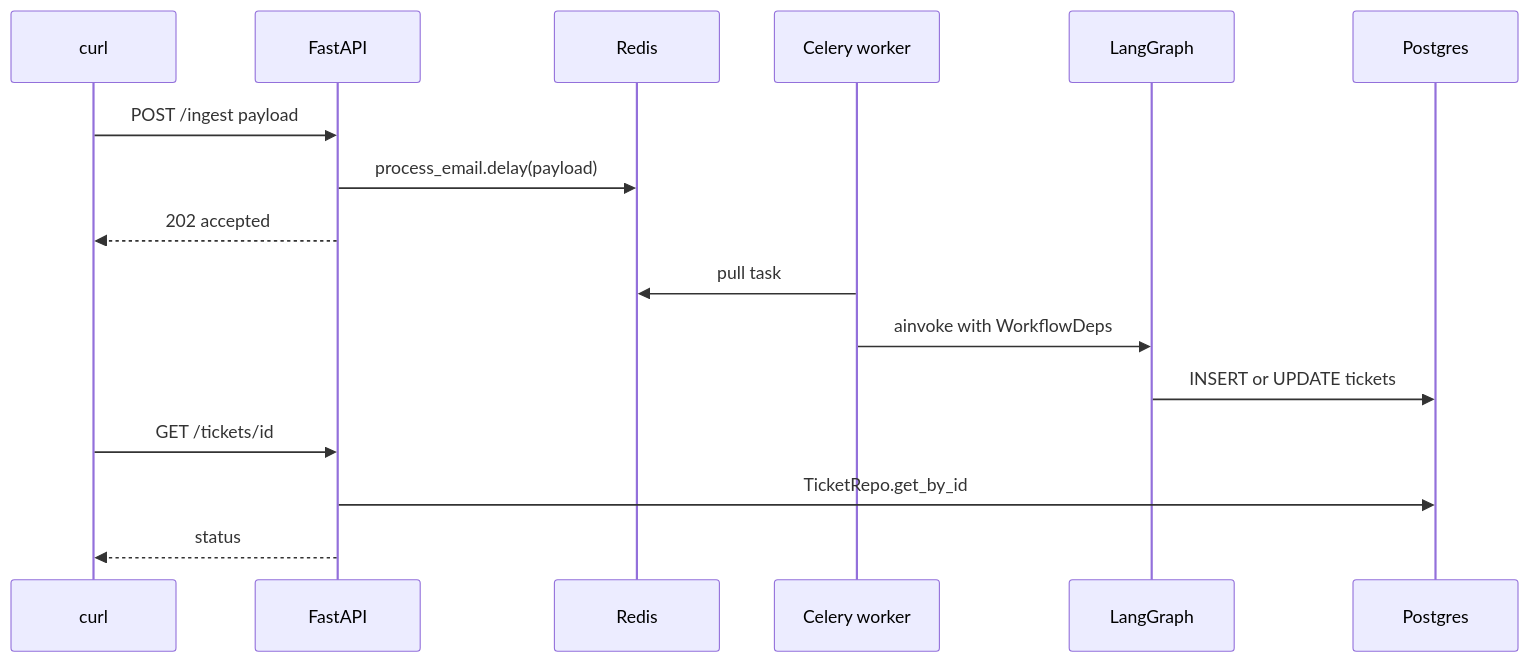
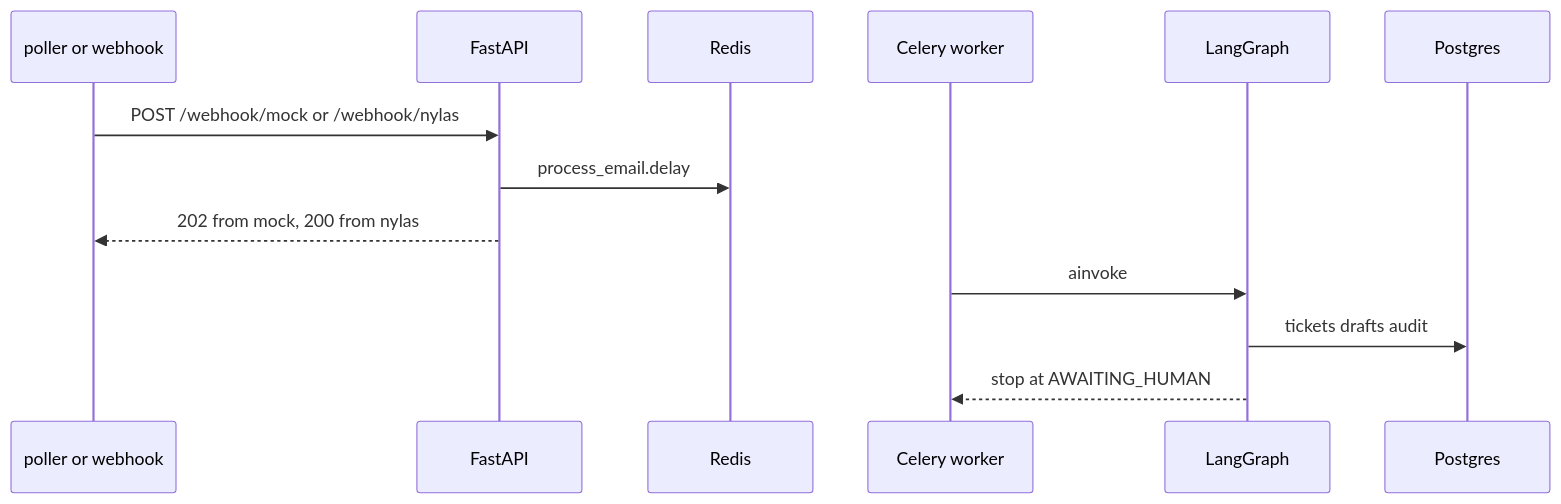
Before and after one commit to Jtomaspires/AP-wokflow: the third of 4 diagrams in docs/diagrams/LAB_CALL_DIAGRAMS.md, drawn with Mermaid. The commit also changed other lines of this file and 138 other files, not shown here.

````diff
--- a/docs/diagrams/LAB_CALL_DIAGRAMS.md
+++ b/docs/diagrams/LAB_CALL_DIAGRAMS.md
@@ -71,19 +66,16 @@
 ```mermaid
 sequenceDiagram
-  participant C as curl
+  participant S as poller or webhook
   participant API as FastAPI
   participant R as Redis
   participant W as Celery worker
   participant G as LangGraph
   participant P as Postgres
 
-  C->>API: POST /ingest payload
-  API->>R: process_email.delay(payload)
-  API-->>C: 202 accepted
-  W->>R: pull task
-  W->>G: ainvoke with WorkflowDeps
-  G->>P: INSERT or UPDATE tickets
-  C->>API: GET /tickets/id
-  API->>P: TicketRepo.get_by_id
-  API-->>C: status
+  S->>API: POST /webhook/mock or /webhook/nylas
+  API->>R: process_email.delay
+  API-->>S: 202 from mock, 200 from nylas
+  W->>G: ainvoke
+  G->>P: tickets drafts audit
+  G-->>W: stop at AWAITING_HUMAN
 ```
````
